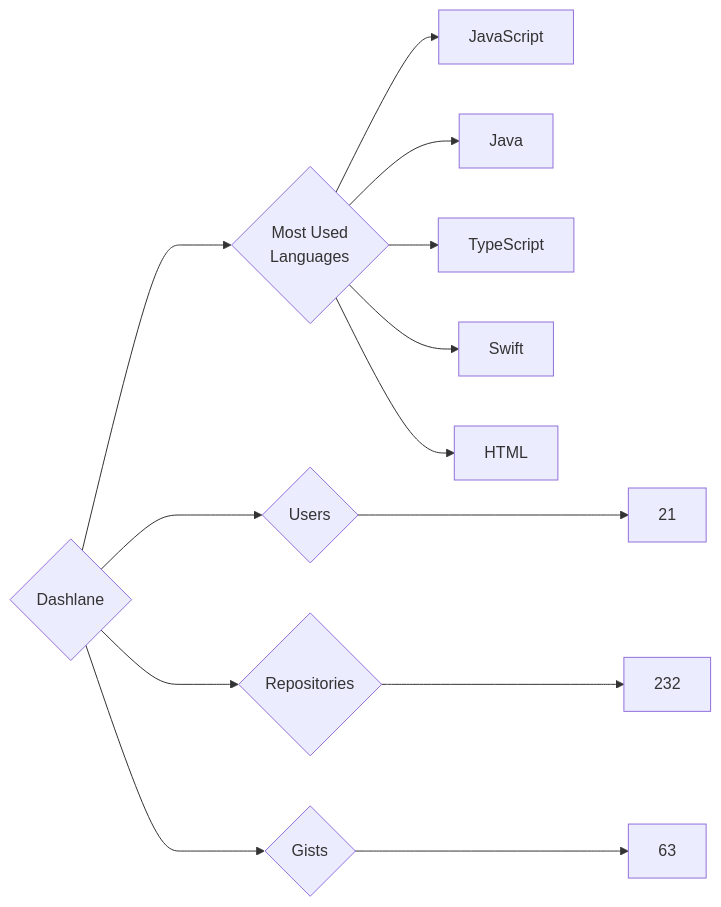
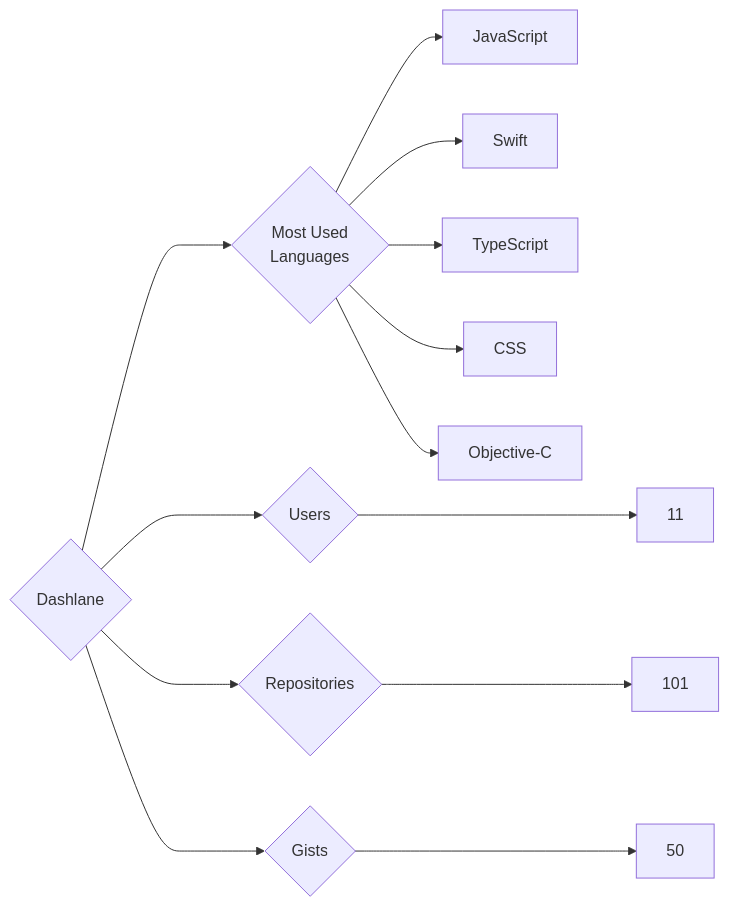
The diagram in targets/Dashlane/README.md (trickest/insiders), drawn with Mermaid before and after one commit. The commit also changed 872 other files, not shown here.

````diff
--- a/targets/Dashlane/README.md
+++ b/targets/Dashlane/README.md
@@ -3,13 +3,13 @@
 ```mermaid
 graph LR
 COMPANY_NAME{Dashlane}
-COMPANY_NAME ---> U{Users} ---> UN[21]
-COMPANY_NAME ---> R{Repositories} ---> RN[232]
-COMPANY_NAME ---> G{Gists} ---> GN[63]
+COMPANY_NAME ---> U{Users} ---> UN[11]
+COMPANY_NAME ---> R{Repositories} ---> RN[101]
+COMPANY_NAME ---> G{Gists} ---> GN[50]
 COMPANY_NAME ---> ML{Most Used<br>Languages}
 ML --> JavaScript[JavaScript]
-ML --> Java[Java]
+ML --> Swift[Swift]
 ML --> TypeScript[TypeScript]
-ML --> Swift[Swift]
-ML --> HTML[HTML]
+ML --> CSS[CSS]
+ML --> Objective-C[Objective-C]
 ```
````
